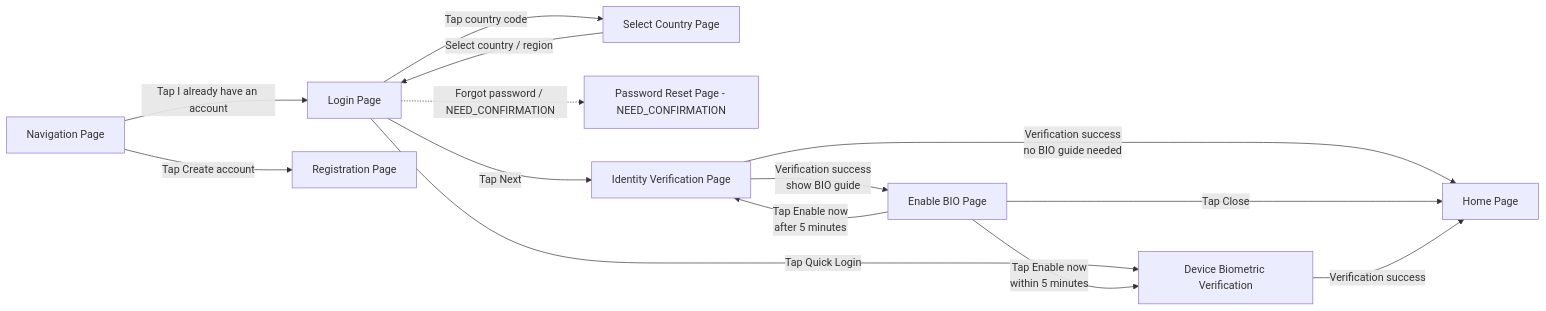
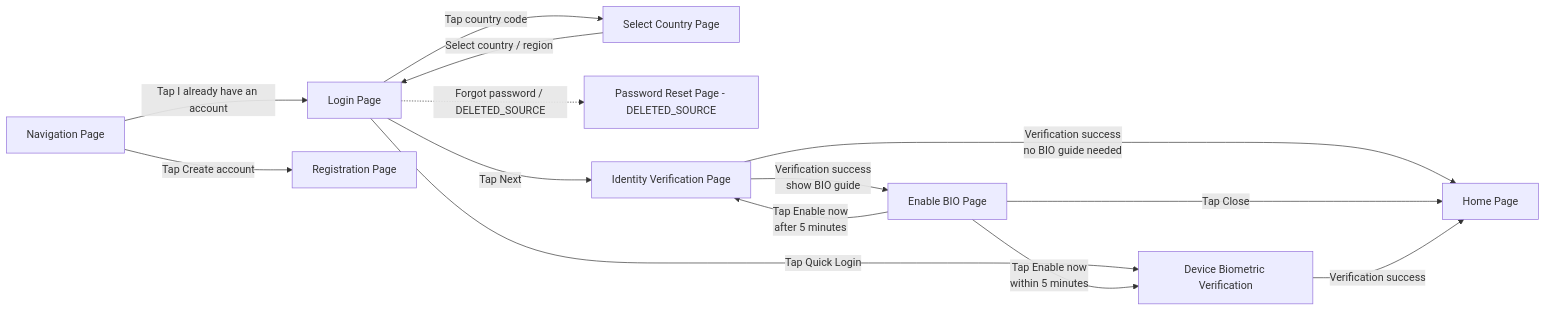
One commit to kelvin381539960-cyber/prd-for-ai changed the first of 2 diagrams in knowledge-base/account/login.md. Above: the diagram before and after it, drawn with Mermaid. The commit also changed other lines of this file and 5 other files, not shown here.

Commit message:
Apply deleted-source rule to account password reset logic

````diff
--- a/knowledge-base/account/login.md
+++ b/knowledge-base/account/login.md
@@ -55,31 +55,31 @@
 ```mermaid
 flowchart LR
   Navigation[Navigation Page]
   Login[Login Page]
   Country[Select Country Page]
-  PasswordReset[Password Reset Page - NEED_CONFIRMATION]
+  PasswordReset[Password Reset Page - DELETED_SOURCE]
   Identity[Identity Verification Page]
   DeviceBio[Device Biometric Verification]
   EnableBio[Enable BIO Page]
   Registration[Registration Page]
   Home[Home Page]
 
   Navigation -->|Tap I already have an account| Login
   Navigation -->|Tap Create account| Registration
 
   Login -->|Tap country code| Country
   Country -->|Select country / region| Login
 
-  Login -.->|Forgot password / NEED_CONFIRMATION| PasswordReset
+  Login -.->|Forgot password / DELETED_SOURCE| PasswordReset
   Login -->|Tap Next| Identity
   Login -->|Tap Quick Login| DeviceBio
 
   Identity -->|Verification success<br/>no BIO guide needed| Home
   Identity -->|Verification success<br/>show BIO guide| EnableBio
 
   EnableBio -->|Tap Close| Home
   EnableBio -->|Tap Enable now<br/>within 5 minutes| DeviceBio
   EnableBio -->|Tap Enable now<br/>after 5 minutes| Identity
 
   DeviceBio -->|Verification success| Home
 ```
````
